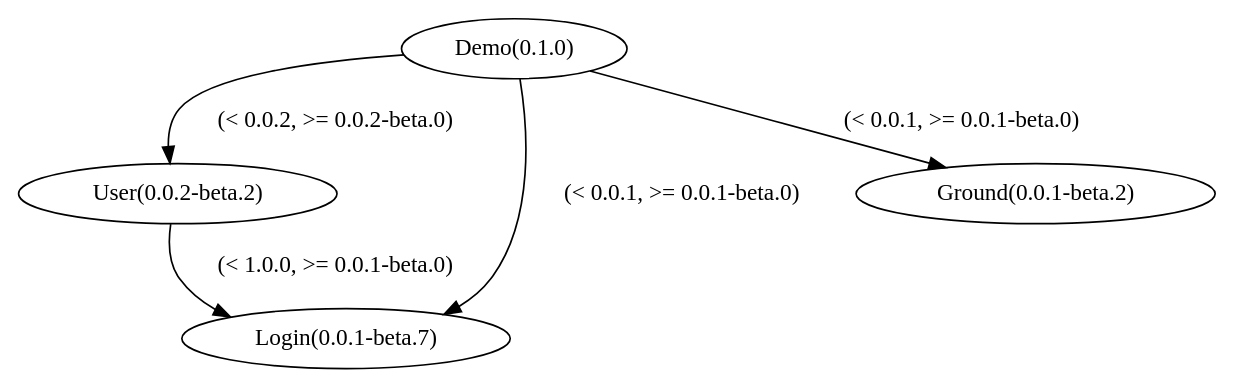
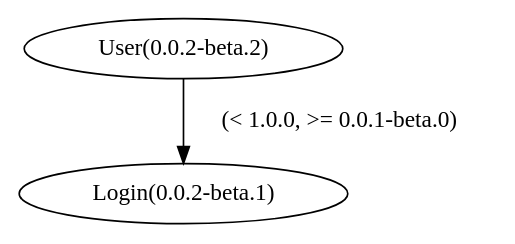
Before and after one commit to axe-org/demo-app: the diagram in axe/dependency.dot, drawn with Graphviz. The commit also changed 4 other files, not shown here.

```diff
--- a/axe/dependency.dot
+++ b/axe/dependency.dot
@@ -1,6 +1,3 @@
 digraph G {
-  "User(0.0.2-beta.2)" -> "Login(0.0.1-beta.7)" [ label = "(< 1.0.0, >= 0.0.1-beta.0)" ];
-  "Demo(0.1.0)" -> "Ground(0.0.1-beta.2)" [ label = "(< 0.0.1, >= 0.0.1-beta.0)" ];
-  "Demo(0.1.0)" -> "Login(0.0.1-beta.7)" [ label = "(< 0.0.1, >= 0.0.1-beta.0)" ];
-  "Demo(0.1.0)" -> "User(0.0.2-beta.2)" [ label = "(< 0.0.2, >= 0.0.2-beta.0)" ];
+  "User(0.0.2-beta.2)" -> "Login(0.0.2-beta.1)" [ label = "(< 1.0.0, >= 0.0.1-beta.0)" ];
 }
```
